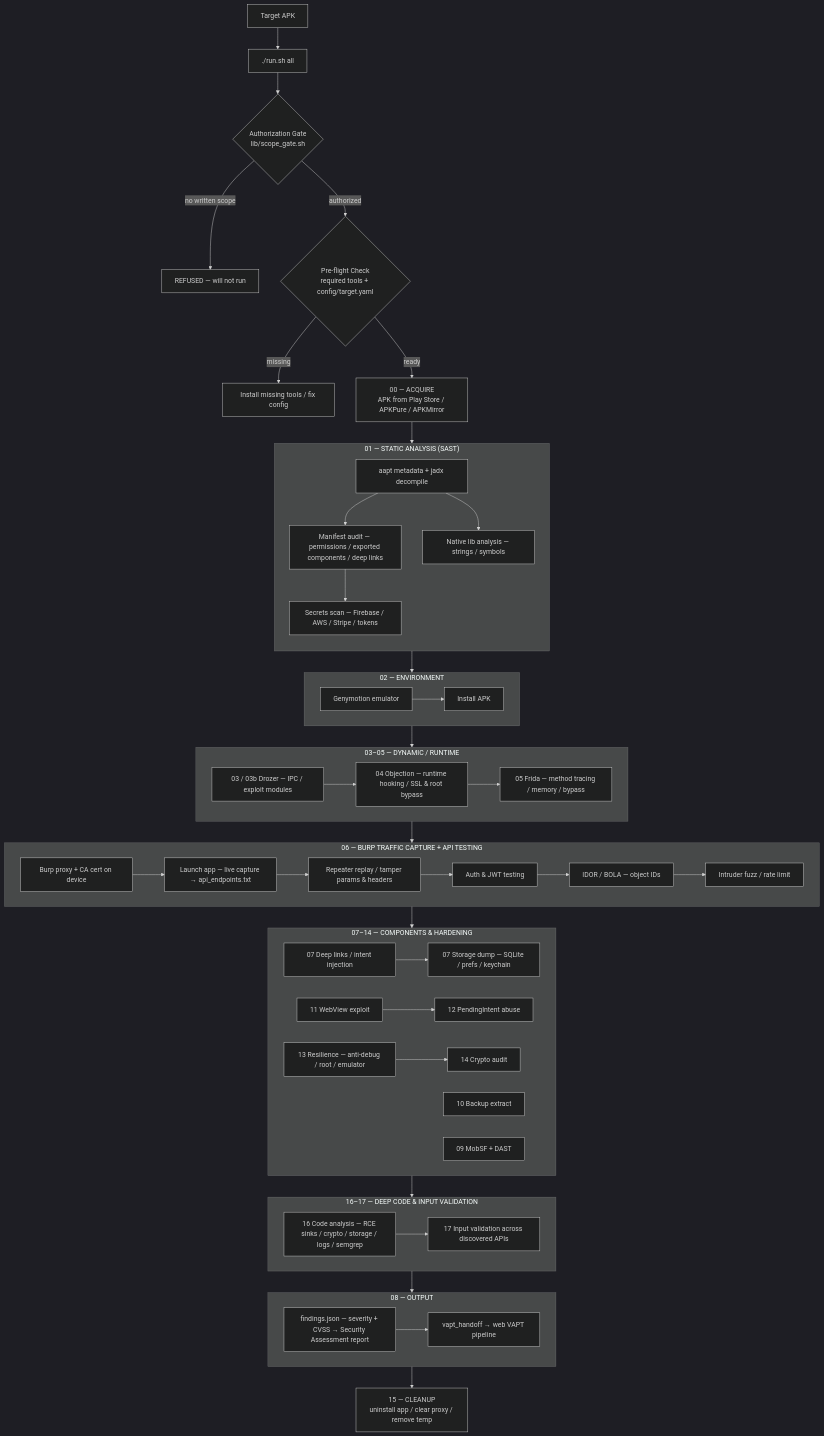
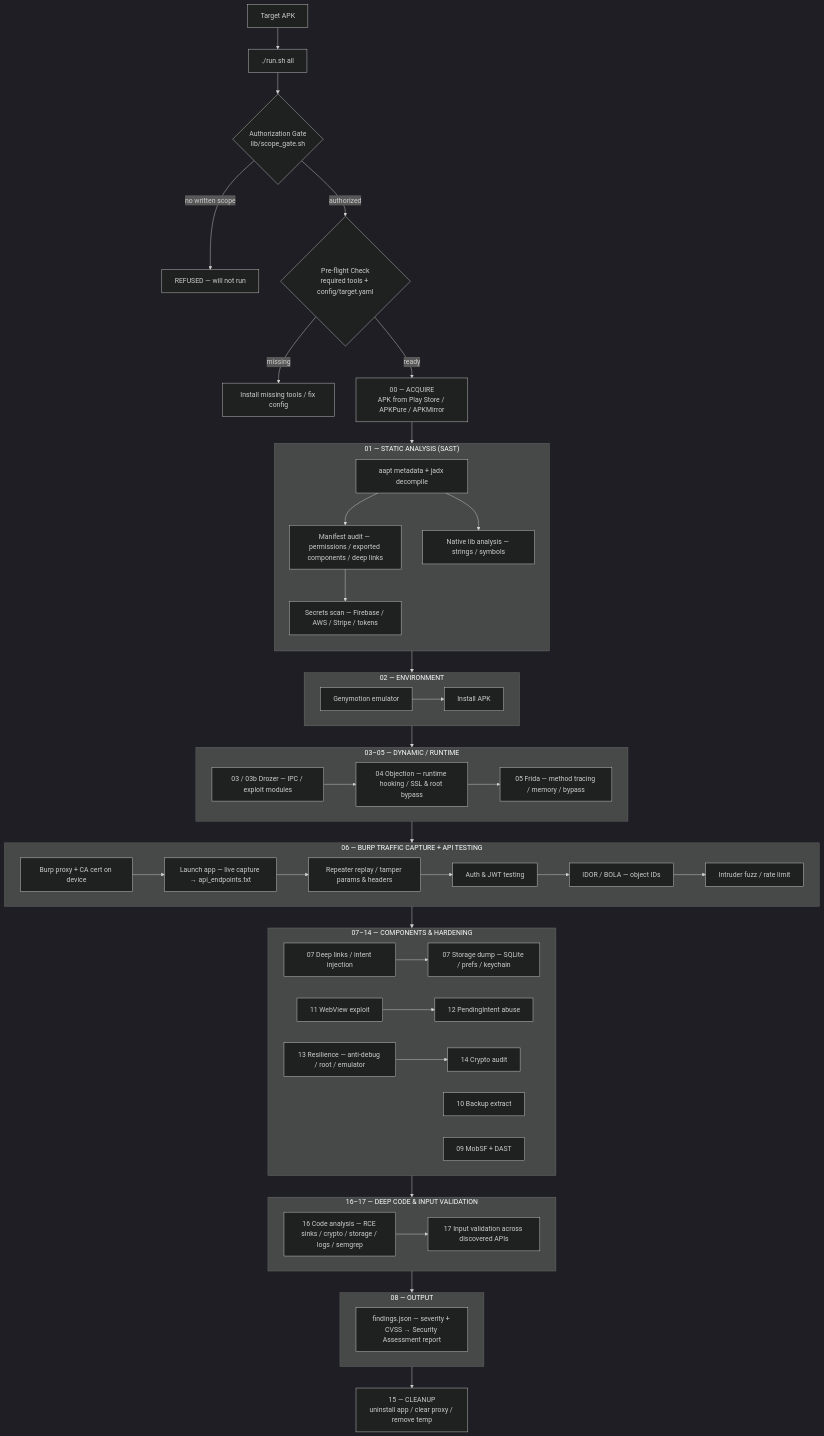
The diagram in README.md (Vinayakji/viny-motion), drawn with Mermaid (dark theme) before and after one commit. The commit also changed other lines of this file and 2 other files, not shown here.

Commit message:
docs: remove web VAPT pipeline references from repo docs (pipeline code unchanged)

````diff
--- a/README.md
+++ b/README.md
@@ -11,82 +11,80 @@
 ```mermaid
 flowchart TD
     APK[Target APK] --> RUN[./run.sh all]
     RUN --> GATE{Authorization Gate<br/>lib/scope_gate.sh}
     GATE -- "no written scope" --> REFUSE[REFUSED — will not run]
     GATE -- "authorized" --> CHECK{Pre-flight Check<br/>required tools + config/target.yaml}
     CHECK -- "missing" --> FIX[Install missing tools / fix config]
     CHECK -- "ready" --> S0
 
     S0["00 — ACQUIRE<br/>APK from Play Store / APKPure / APKMirror"]
 
     subgraph S1["01 — STATIC ANALYSIS (SAST)"]
         direction TB
         S1a[aapt metadata + jadx decompile]
         S1b[Manifest audit — permissions / exported components / deep links]
         S1c[Secrets scan — Firebase / AWS / Stripe / tokens]
         S1d[Native lib analysis — strings / symbols]
         S1a --> S1b --> S1c
         S1a --> S1d
     end
 
     S0 --> S1
 
     subgraph S2["02 — ENVIRONMENT"]
         S2a[Genymotion emulator]
         S2b[Install APK]
         S2a --> S2b
     end
     S1 --> S2
 
     subgraph S3["03–05 — DYNAMIC / RUNTIME"]
         S3a[03 / 03b Drozer — IPC / exploit modules]
         S3b[04 Objection — runtime hooking / SSL & root bypass]
         S3c[05 Frida — method tracing / memory / bypass]
         S3a --> S3b --> S3c
     end
     S2 --> S3
 
     subgraph S4["06 — BURP TRAFFIC CAPTURE + API TESTING"]
         S4a[Burp proxy + CA cert on device]
         S4b[Launch app — live capture → api_endpoints.txt]
         S4c[Repeater replay / tamper params & headers]
         S4d[Auth & JWT testing]
         S4e[IDOR / BOLA — object IDs]
         S4f[Intruder fuzz / rate limit]
         S4a --> S4b
         S4b --> S4c --> S4d --> S4e --> S4f
     end
     S3 --> S4
 
     subgraph S5["07–14 — COMPONENTS & HARDENING"]
         S5a[07 Deep links / intent injection]
         S5b[07 Storage dump — SQLite / prefs / keychain]
         S5c[10 Backup extract]
         S5d[11 WebView exploit]
         S5e[12 PendingIntent abuse]
         S5f[13 Resilience — anti-debug / root / emulator]
         S5g[14 Crypto audit]
         S5h[09 MobSF + DAST]
         S5a --> S5b
         S5d --> S5e
         S5f --> S5g
     end
     S4 --> S5
 
     subgraph S6["16–17 — DEEP CODE & INPUT VALIDATION"]
         S6a[16 Code analysis — RCE sinks / crypto / storage / logs / semgrep]
         S6b[17 Input validation across discovered APIs]
         S6a --> S6b
     end
     S5 --> S6
 
     subgraph S7["08 — OUTPUT"]
         S7a[findings.json — severity + CVSS → Security Assessment report]
-        S7b[vapt_handoff → web VAPT pipeline]
-        S7a --> S7b
     end
     S6 --> S7
 
     S8["15 — CLEANUP<br/>uninstall app / clear proxy / remove temp"]
     S7 --> S8
 ```
````
